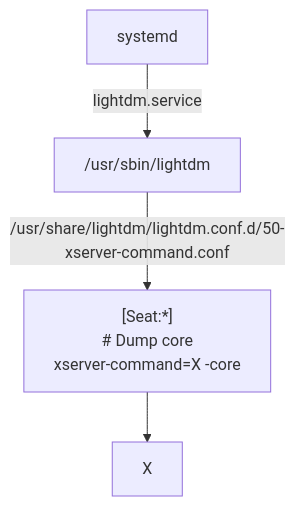
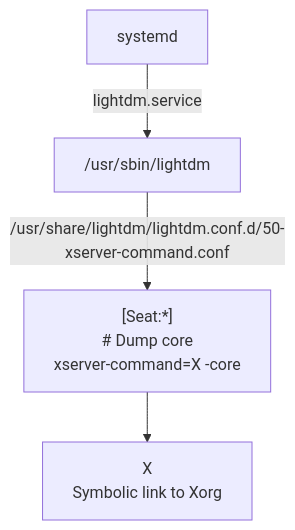
One commit to lucmann/lucmann.github.io changed the diagram in source/_posts/gfx/lightdm.md. Above: the diagram before and after it, drawn with Mermaid.

Commit message:
gfx: X is a symbolic link to Xorg

````diff
--- a/source/_posts/gfx/lightdm.md
+++ b/source/_posts/gfx/lightdm.md
@@ -41,10 +41,12 @@
 ```mermaid
 flowchart TD
     A["systemd"]
     B["/usr/sbin/lightdm"]
     C["`[Seat:*]
         # Dump core
         xserver-command=X -core`"]
-    D["X"]
+    D["`X
+        Symbolic link to Xorg`"]
+
     A -- lightdm.service --> B -- /usr/share/lightdm/lightdm.conf.d/50-xserver-command.conf --> C --> D
 ```
````
